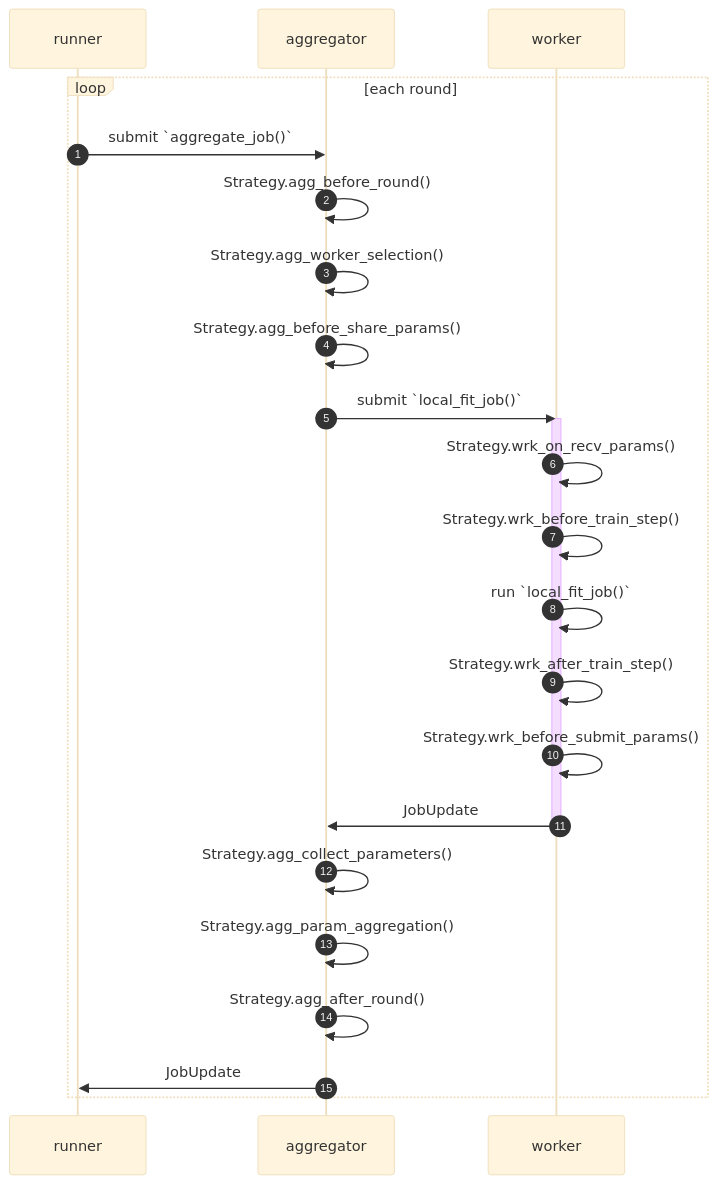
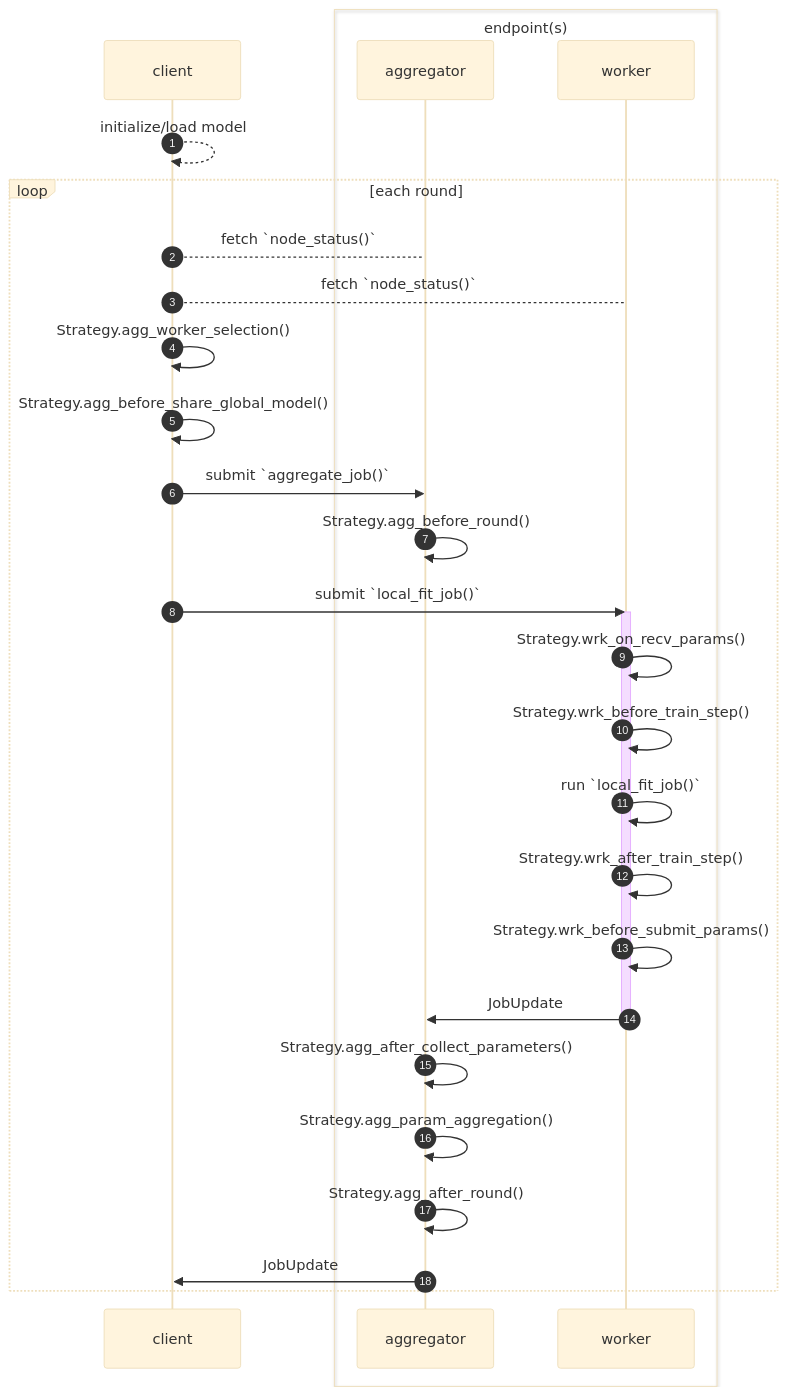
One commit to h-flox/flox changed the diagram in docs/getting_started/strategies/what.md. Above: the diagram before and after it, drawn with Mermaid (base theme). The commit also changed other lines of this file and 31 other files, not shown here.

````diff
--- a/docs/getting_started/strategies/what.md
+++ b/docs/getting_started/strategies/what.md
@@ -6,35 +6,46 @@
 ```mermaid
 sequenceDiagram
     autonumber
 %%    box client
-        participant runner
+        participant client
 %%    end
-%%    box endpoint(s)
+    box endpoint(s)
         participant aggregator
         participant worker
-%%    end
+    end
+    
+    
+    client-->>client: initialize/load model
+    
     
     loop each round
-        runner->>aggregator: submit `aggregate_job()`
+        
+        client-->aggregator: fetch `node_status()`
+        client-->worker: fetch `node_status()`
+        
+        
+        client->>client: Strategy.agg_worker_selection()
+        client->>client: Strategy.agg_before_share_global_model()
+        
+    
+        client->>aggregator: submit `aggregate_job()`
         
         aggregator->>aggregator: Strategy.agg_before_round()
-        aggregator->>aggregator: Strategy.agg_worker_selection()
-        aggregator->>aggregator: Strategy.agg_before_share_params()
-        aggregator->>worker: submit `local_fit_job()`
+        client->>worker: submit `local_fit_job()`
         
         activate worker
         worker->>worker: Strategy.wrk_on_recv_params()
         worker->>worker: Strategy.wrk_before_train_step()
         worker->>worker: run `local_fit_job()`
         worker->>worker: Strategy.wrk_after_train_step()
         worker->>worker: Strategy.wrk_before_submit_params()
         worker->>aggregator: JobUpdate
         deactivate worker
         
-        aggregator->>aggregator: Strategy.agg_collect_parameters() 
+        aggregator->>aggregator: Strategy.agg_after_collect_parameters() 
         aggregator->>aggregator: Strategy.agg_param_aggregation()
         aggregator->>aggregator: Strategy.agg_after_round()
         
-        aggregator->>runner: JobUpdate
+        aggregator->>client: JobUpdate
     end
 ```
````
